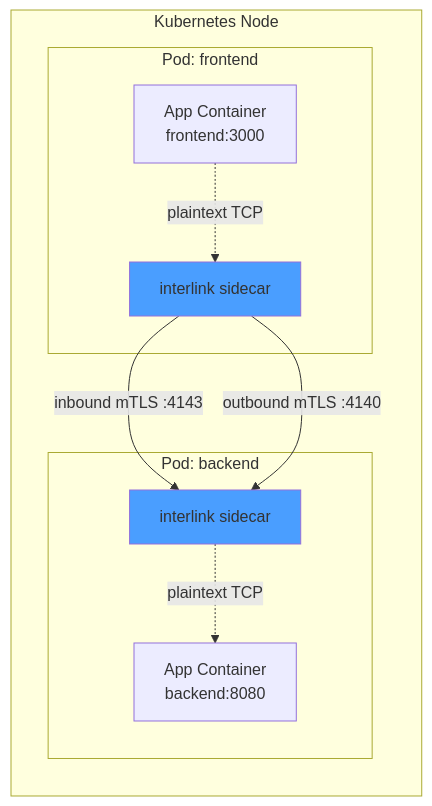
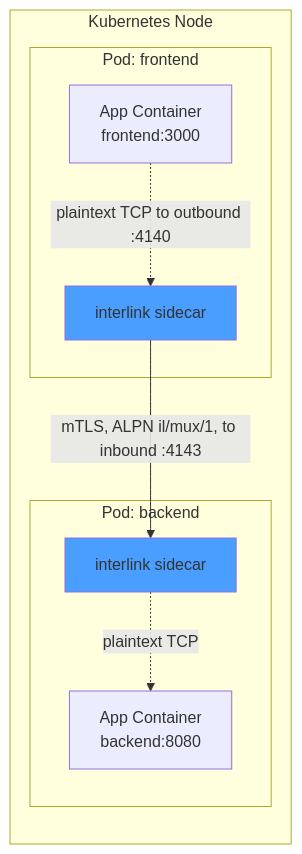
One commit to alexandernicholson/interlink changed the first of 3 diagrams in docs/architecture/overview.md. Above: the diagram before and after it, drawn with Mermaid. The commit also changed other lines of this file and 6 other files, not shown here.

First line of the commit message:
docs: sync all docs and diagrams with sidecar model, mux pool, and verified memory root cause

````diff
--- a/docs/architecture/overview.md
+++ b/docs/architecture/overview.md
@@ -5,21 +5,20 @@
 ```mermaid
 flowchart LR
     subgraph K8s_Node["Kubernetes Node"]
         subgraph Pod_A["Pod: frontend"]
             C1[App Container<br/>frontend:3000]
             P1[interlink sidecar]
         end
         subgraph Pod_B["Pod: backend"]
             C2[App Container<br/>backend:8080]
             P2[interlink sidecar]
         end
     end
 
-    C1 -.->|plaintext TCP| P1
-    P1 -->|inbound mTLS :4143| P2
-    P1 -->|outbound mTLS :4140| P2
+    C1 -.->|plaintext TCP to outbound :4140| P1
+    P1 -->|mTLS, ALPN il/mux/1, to inbound :4143| P2
     P2 -.->|plaintext TCP| C2
 
     style P1 fill:#4a9eff
     style P2 fill:#4a9eff
 ```
````
